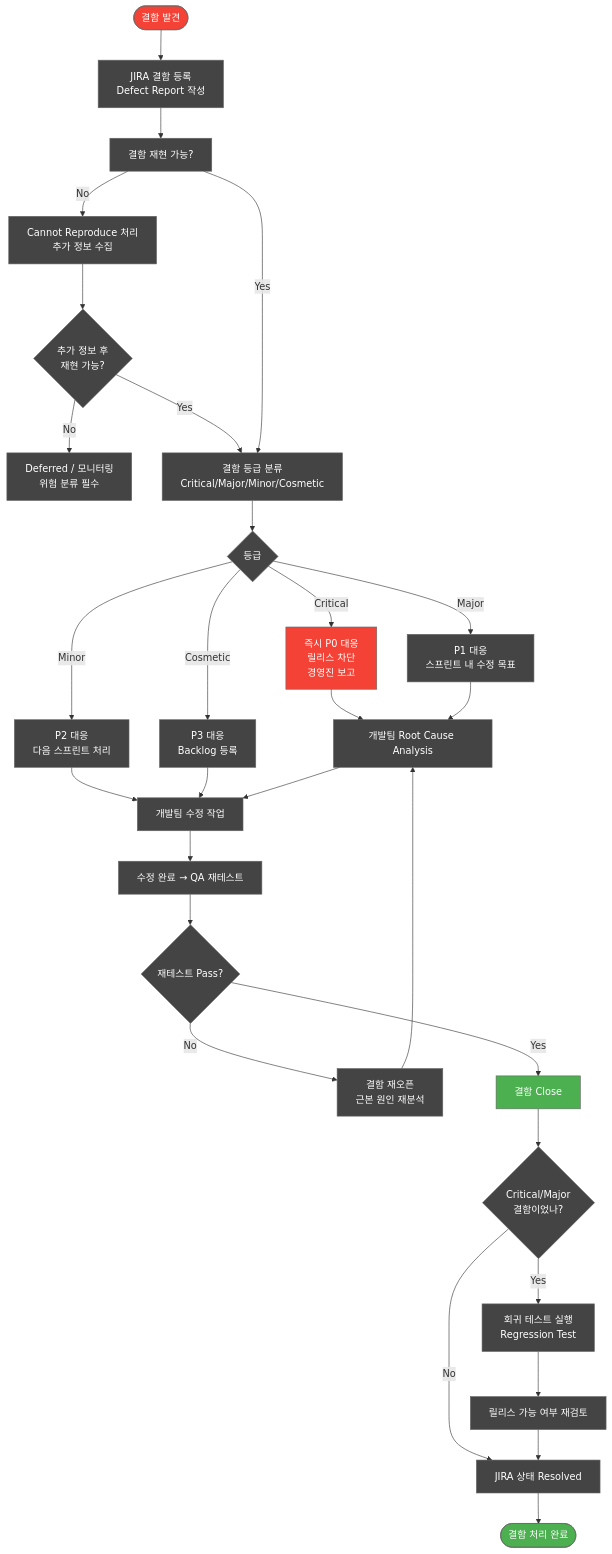
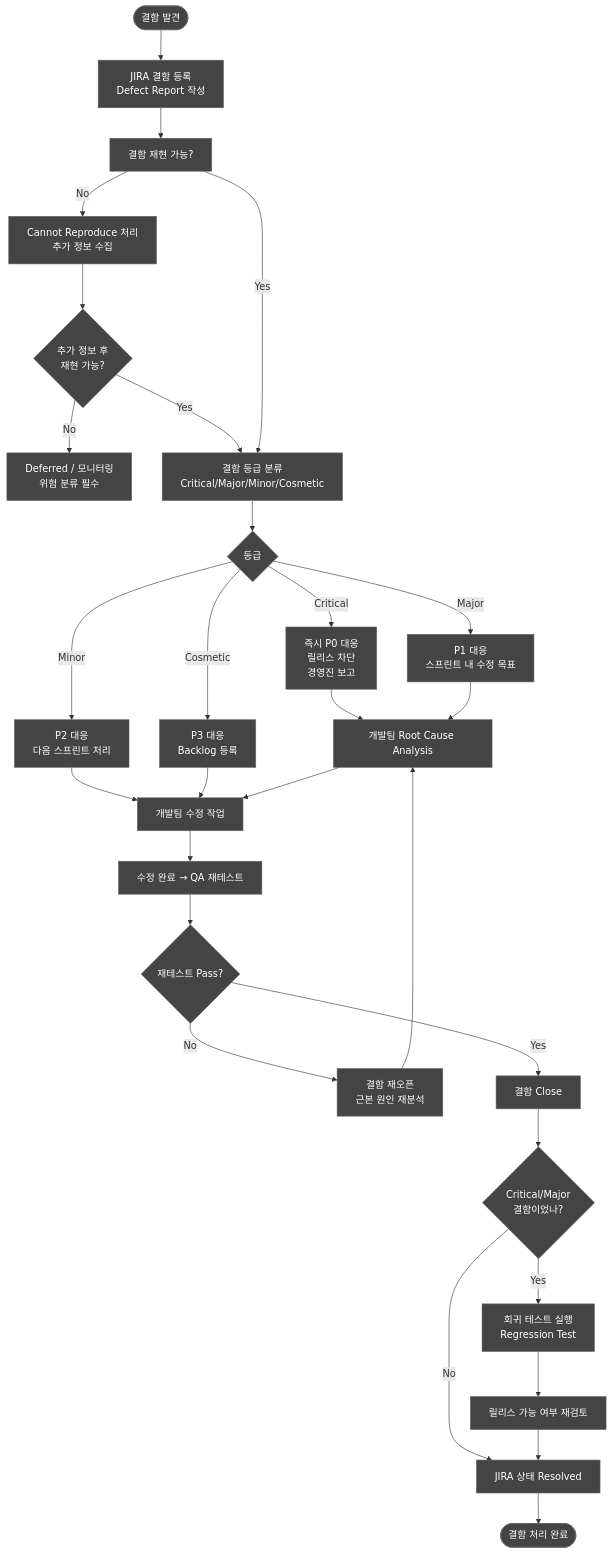
Before and after one commit to holee9/console-gui: the second of 4 diagrams in docs/testing/DOC-030_QA_Test_Plan_v1.0.md, drawn with Mermaid. The commit also changed other lines of this file and 35 other files, not shown here.

First line of the commit message:
fix: 전체 Mermaid 차트 색상 진한 회색 통일

````diff
--- a/docs/testing/DOC-030_QA_Test_Plan_v1.0.md
+++ b/docs/testing/DOC-030_QA_Test_Plan_v1.0.md
@@ -666,37 +666,37 @@
 ```mermaid
 flowchart TD
     classDef default fill:#444,stroke:#666,color:#fff
     A([결함 발견]) --> B[JIRA 결함 등록\nDefect Report 작성]
     B --> C[결함 재현 가능?]
     C -- No --> D[Cannot Reproduce 처리\n추가 정보 수집]
     D --> E{추가 정보 후\n재현 가능?}
     E -- No --> F[Deferred / 모니터링\n위험 분류 필수]
     E -- Yes --> G
     C -- Yes --> G[결함 등급 분류\nCritical/Major/Minor/Cosmetic]
     G --> H{등급}
     H -- Critical --> I[즉시 P0 대응\n릴리스 차단\n경영진 보고]
     H -- Major --> J[P1 대응\n스프린트 내 수정 목표]
     H -- Minor --> K[P2 대응\n다음 스프린트 처리]
     H -- Cosmetic --> L[P3 대응\nBacklog 등록]
     I --> M[개발팀 Root Cause Analysis]
     J --> M
     K --> N[개발팀 수정 작업]
     L --> N
     M --> N
     N --> O[수정 완료 → QA 재테스트]
     O --> P{재테스트 Pass?}
     P -- No --> Q[결함 재오픈\n근본 원인 재분석]
     Q --> M
     P -- Yes --> R[결함 Close]
     R --> S{Critical/Major\n결함이었나?}
     S -- Yes --> T[회귀 테스트 실행\nRegression Test]
     T --> U[릴리스 가능 여부 재검토]
     S -- No --> V[JIRA 상태 Resolved]
     U --> V
     V --> W([결함 처리 완료])
 
-    style A fill:#f44336,color:#fff
-    style I fill:#f44336,color:#fff
-    style W fill:#4CAF50,color:#fff
-    style R fill:#4CAF50,color:#fff
+    style A fill:#444,color:#fff
+    style I fill:#444,color:#fff
+    style W fill:#444,color:#fff
+    style R fill:#444,color:#fff
 ```
````
